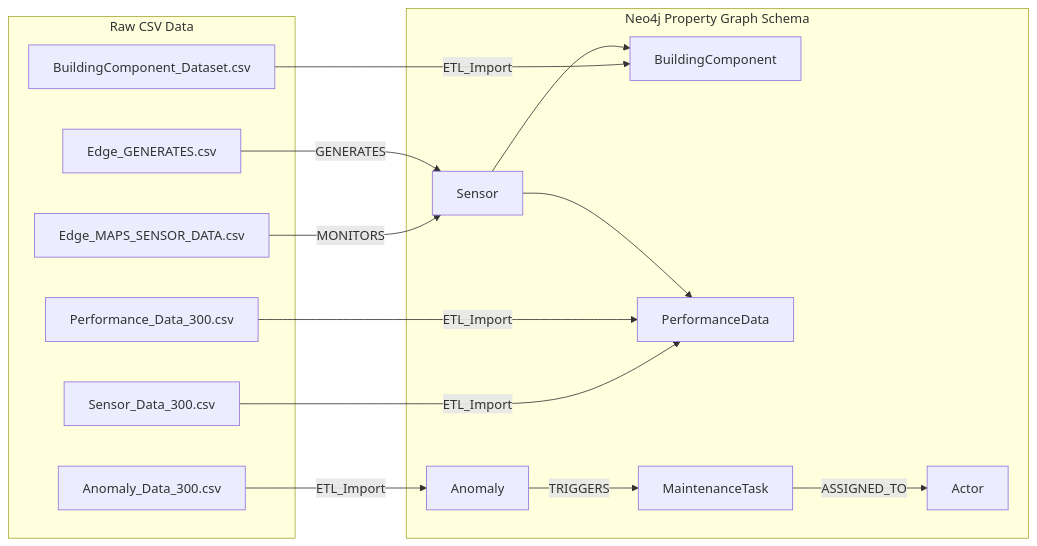
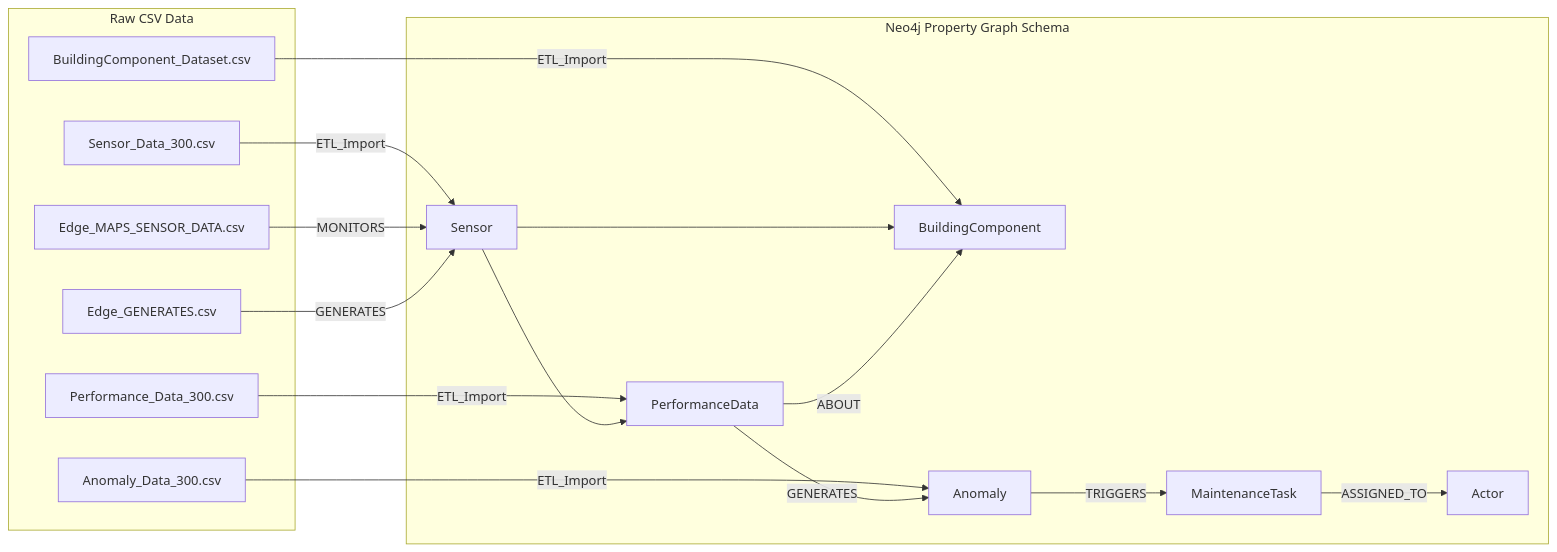
One commit to chienpu/public-phd-sam changed the diagram in 02_data/README.md. Above: the diagram before and after it, drawn with Mermaid.

Commit message:
Refactor README.md for clarity and structure

````diff
--- a/02_data/README.md
+++ b/02_data/README.md
@@ -257,51 +257,54 @@
 ```mermaid
 flowchart LR
 
-    %% -------------------------
+    %% ============================
     %% Raw CSV Data
-    %% -------------------------
-    subgraph RawData["Raw CSV Data"]
-        SD["Sensor_Data_300.csv"]
-        BC["BuildingComponent_Dataset.csv"]
-        PD["Performance_Data_300.csv"]
-        AD["Anomaly_Data_300.csv"]
-        EM["Edge_MAPS_SENSOR_DATA.csv"]
-        EG["Edge_GENERATES.csv"]
+    %% ============================
+    subgraph Raw["Raw CSV Data"]
+        BCcsv["BuildingComponent_Dataset.csv"]
+        SDcsv["Sensor_Data_300.csv"]
+        PDcsv["Performance_Data_300.csv"]
+        ADcsv["Anomaly_Data_300.csv"]
+        EMcsv["Edge_MAPS_SENSOR_DATA.csv"]
+        EGcsv["Edge_GENERATES.csv"]
     end
 
-    %% -------------------------
-    %% Graph Schema
-    %% -------------------------
+    %% ============================
+    %% Neo4j Graph Schema
+    %% ============================
     subgraph Graph["Neo4j Property Graph Schema"]
-        SNode["Sensor"]
-        BCNode["BuildingComponent"]
-        PDNode["PerformanceData"]
-        ANode["Anomaly"]
-        TNode["MaintenanceTask"]
-        ActorNode["Actor"]
+        Sensor["Sensor"]
+        BC["BuildingComponent"]
+        PDnode["PerformanceData"]
+        Anode["Anomaly"]
+        Task["MaintenanceTask"]
+        Actor["Actor"]
     end
 
-    %% -------------------------
-    %% ETL → Graph
-    %% -------------------------
-    SD -->|ETL_Import| PDNode
-    BC -->|ETL_Import| BCNode
-    PD -->|ETL_Import| PDNode
-    AD -->|ETL_Import| ANode
+    %% ============================
+    %% ETL Imports
+    %% ============================
+    BCcsv -->|ETL_Import| BC
+    SDcsv -->|ETL_Import| Sensor
+    PDcsv -->|ETL_Import| PDnode
+    ADcsv -->|ETL_Import| Anode
 
-    %% -------------------------
-    %% Edges from CSV
-    %% -------------------------
-    EM -->|MONITORS| SNode
-    SNode --> BCNode
+    %% ============================
+    %% Edge Mapping from CSV
+    %% ============================
+    EMcsv -->|MONITORS| Sensor
+    Sensor --> BC
 
-    EG -->|GENERATES| SNode
-    SNode --> PDNode
+    EGcsv -->|GENERATES| Sensor
+    Sensor --> PDnode
 
-    %% -------------------------
-    %% PdM Semantic Edges
-    %% -------------------------
-    ANode -->|TRIGGERS| TNode
-    TNode -->|ASSIGNED_TO| ActorNode
+    %% ============================
+    %% Semantic Schema Relations
+    %% ============================
+    PDnode -->|ABOUT| BC
+    PDnode -->|GENERATES| Anode
+    Anode -->|TRIGGERS| Task
+    Task -->|ASSIGNED_TO| Actor
+
 
 ```
````
